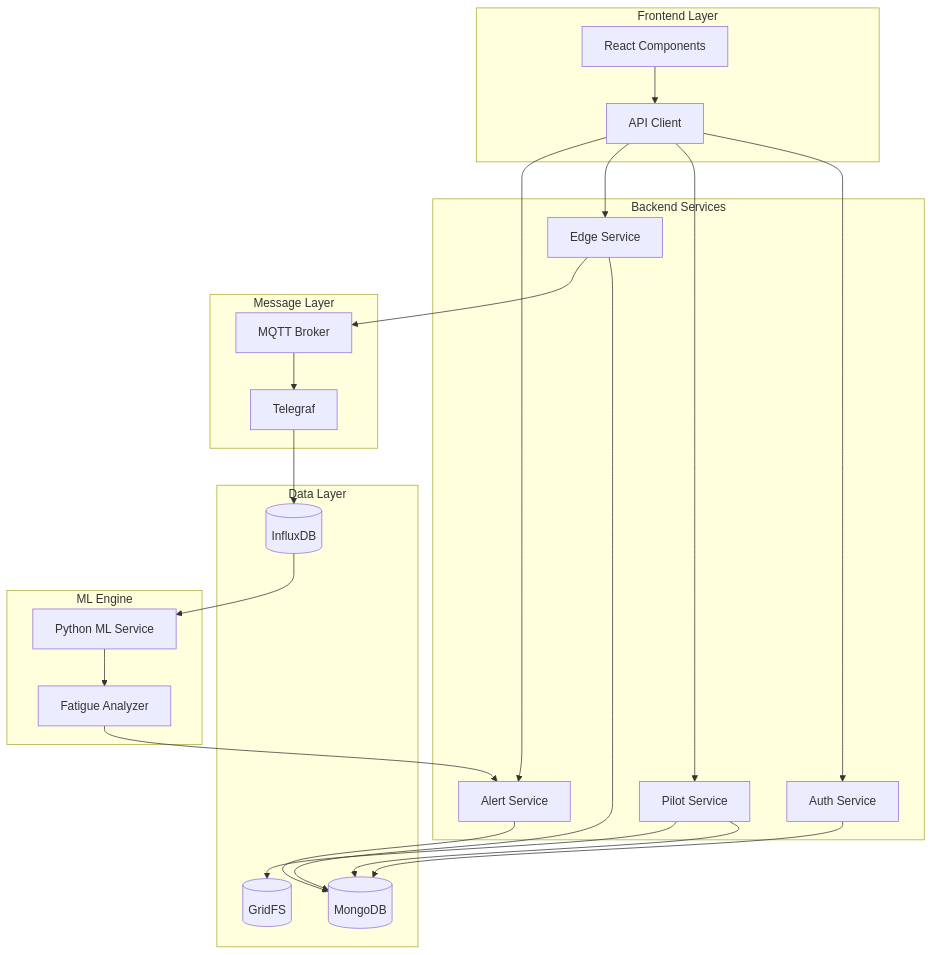
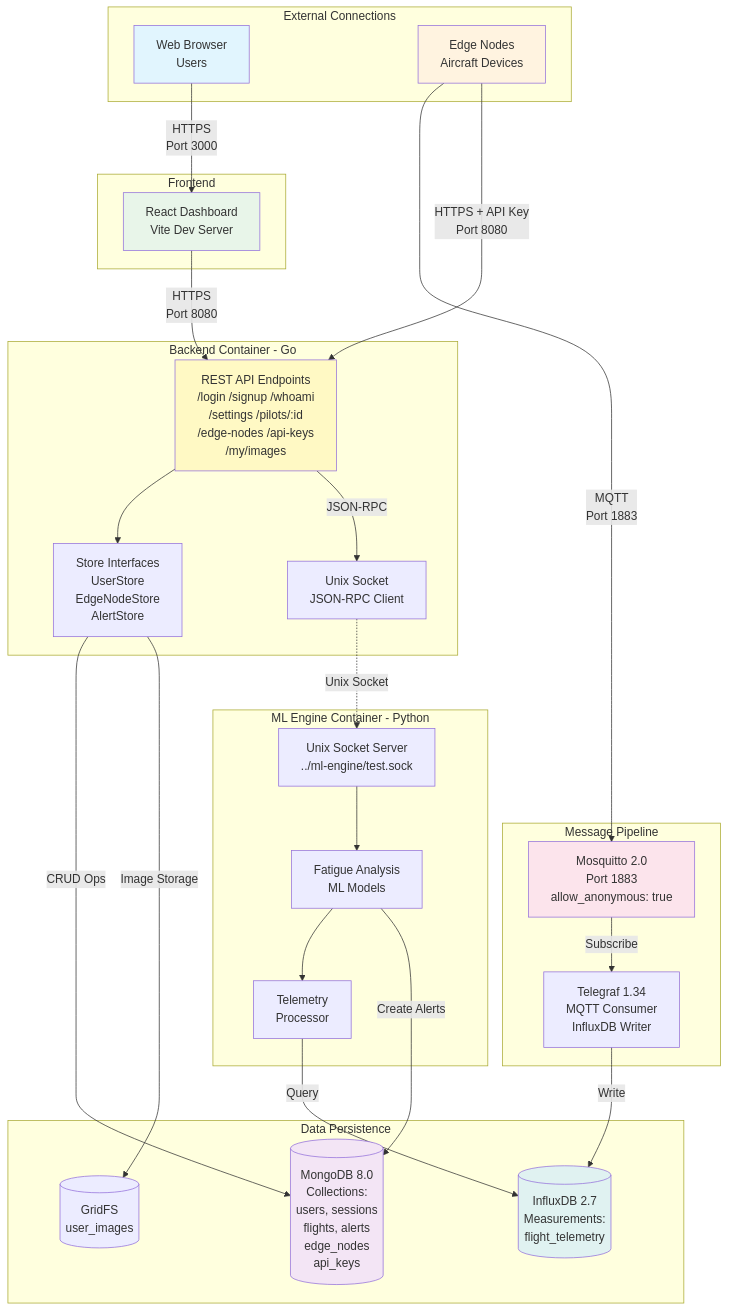
The third of 4 diagrams in docs/task1_update.md (RoundRobinHood/cogniflight-cloud), drawn with Mermaid before and after one commit. The commit also changed other lines of this file, not shown here.

````diff
--- a/docs/task1_update.md
+++ b/docs/task1_update.md
@@ -224,50 +224,63 @@
 ```mermaid
 graph TB
-    subgraph "Frontend Layer"
-        RC[React Components]
-        API[API Client]
+    subgraph "External Connections"
+        WEB[Web Browser<br/>Users]
+        EDGE[Edge Nodes<br/>Aircraft Devices]
     end
     
-    subgraph "Backend Services"
-        AUTH[Auth Service]
-        PILOT[Pilot Service]
-        EDGE[Edge Service]
-        ALERT[Alert Service]
+    subgraph "Frontend"
+        RC[React Dashboard<br/>Vite Dev Server]
     end
     
-    subgraph "Data Layer"
-        MONGO[(MongoDB)]
-        INFLUX[(InfluxDB)]
-        GRIDFS[(GridFS)]
+    subgraph "Backend Container - Go"
+        API[REST API Endpoints<br/>/login /signup /whoami<br/>/settings /pilots/:id<br/>/edge-nodes /api-keys<br/>/my/images]
+        STORES[Store Interfaces<br/>UserStore<br/>EdgeNodeStore<br/>AlertStore]
+        SOCKET[Unix Socket<br/>JSON-RPC Client]
     end
     
-    subgraph "ML Engine"
-        ML[Python ML Service]
-        FATIGUE[Fatigue Analyzer]
+    subgraph "ML Engine Container - Python"
+        MLSOCKET[Unix Socket Server<br/>../ml-engine/test.sock]
+        MODEL[Fatigue Analysis<br/>ML Models]
+        PROCESSOR[Telemetry<br/>Processor]
     end
     
-    subgraph "Message Layer"
-        MQTT[MQTT Broker]
-        TELEGRAF[Telegraf]
+    subgraph "Message Pipeline"
+        MQTT[Mosquitto 2.0<br/>Port 1883<br/>allow_anonymous: true]
+        TELEGRAF[Telegraf 1.34<br/>MQTT Consumer<br/>InfluxDB Writer]
     end
     
-    RC --> API
-    API --> AUTH
-    API --> PILOT
-    API --> EDGE
-    API --> ALERT
+    subgraph "Data Persistence"
+        MONGO[(MongoDB 8.0<br/>Collections:<br/>users, sessions<br/>flights, alerts<br/>edge_nodes<br/>api_keys)]
+        INFLUX[(InfluxDB 2.7<br/>Measurements:<br/>flight_telemetry)]
+        GRIDFS[(GridFS<br/>user_images)]
+    end
     
-    AUTH --> MONGO
-    PILOT --> MONGO
-    EDGE --> MONGO
-    ALERT --> MONGO
-    PILOT --> GRIDFS
+    WEB -->|HTTPS<br/>Port 3000| RC
+    RC -->|HTTPS<br/>Port 8080| API
     
-    EDGE --> MQTT
-    MQTT --> TELEGRAF
-    TELEGRAF --> INFLUX
+    EDGE -->|MQTT<br/>Port 1883| MQTT
+    EDGE -->|HTTPS + API Key<br/>Port 8080| API
     
-    INFLUX --> ML
-    ML --> FATIGUE
-    FATIGUE --> ALERT
+    API --> STORES
+    STORES -->|CRUD Ops| MONGO
+    STORES -->|Image Storage| GRIDFS
+    
+    API -->|JSON-RPC| SOCKET
+    SOCKET -.->|Unix Socket| MLSOCKET
+    MLSOCKET --> MODEL
+    MODEL --> PROCESSOR
+    
+    MQTT -->|Subscribe| TELEGRAF
+    TELEGRAF -->|Write| INFLUX
+    
+    PROCESSOR -->|Query| INFLUX
+    MODEL -->|Create Alerts| MONGO
+    
+    style WEB fill:#e1f5fe
+    style EDGE fill:#fff3e0
+    style RC fill:#e8f5e9
+    style API fill:#fff9c4
+    style MQTT fill:#fce4ec
+    style INFLUX fill:#e0f2f1
+    style MONGO fill:#f3e5f5
 ```
````
